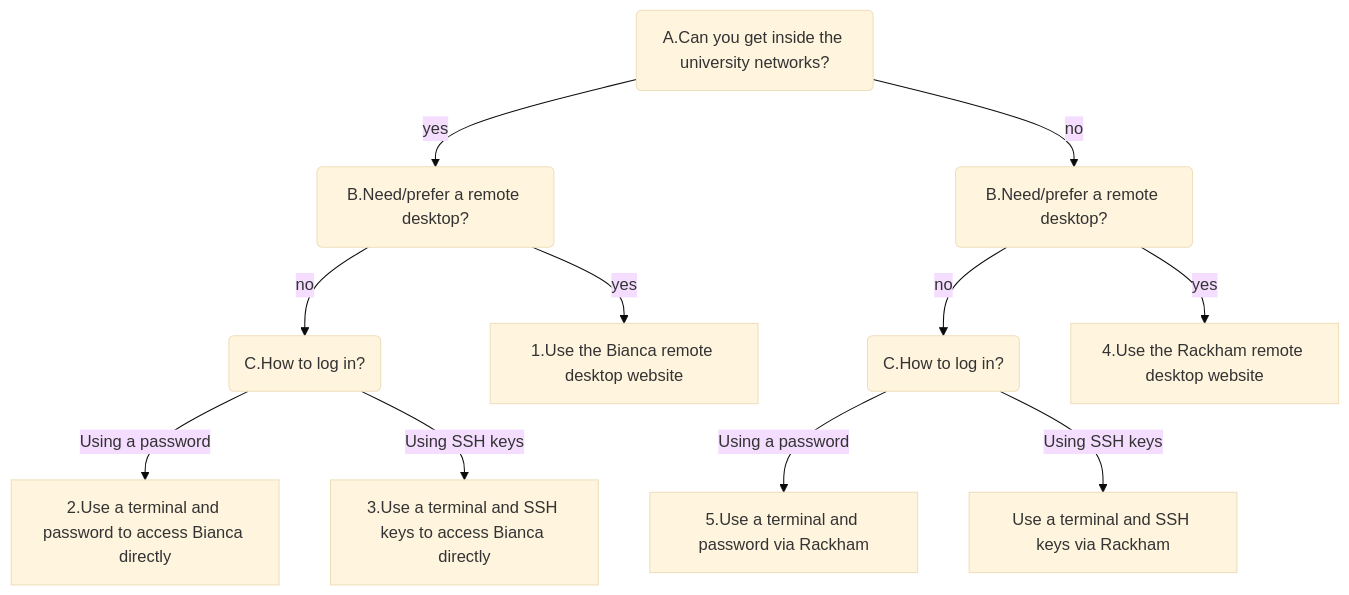
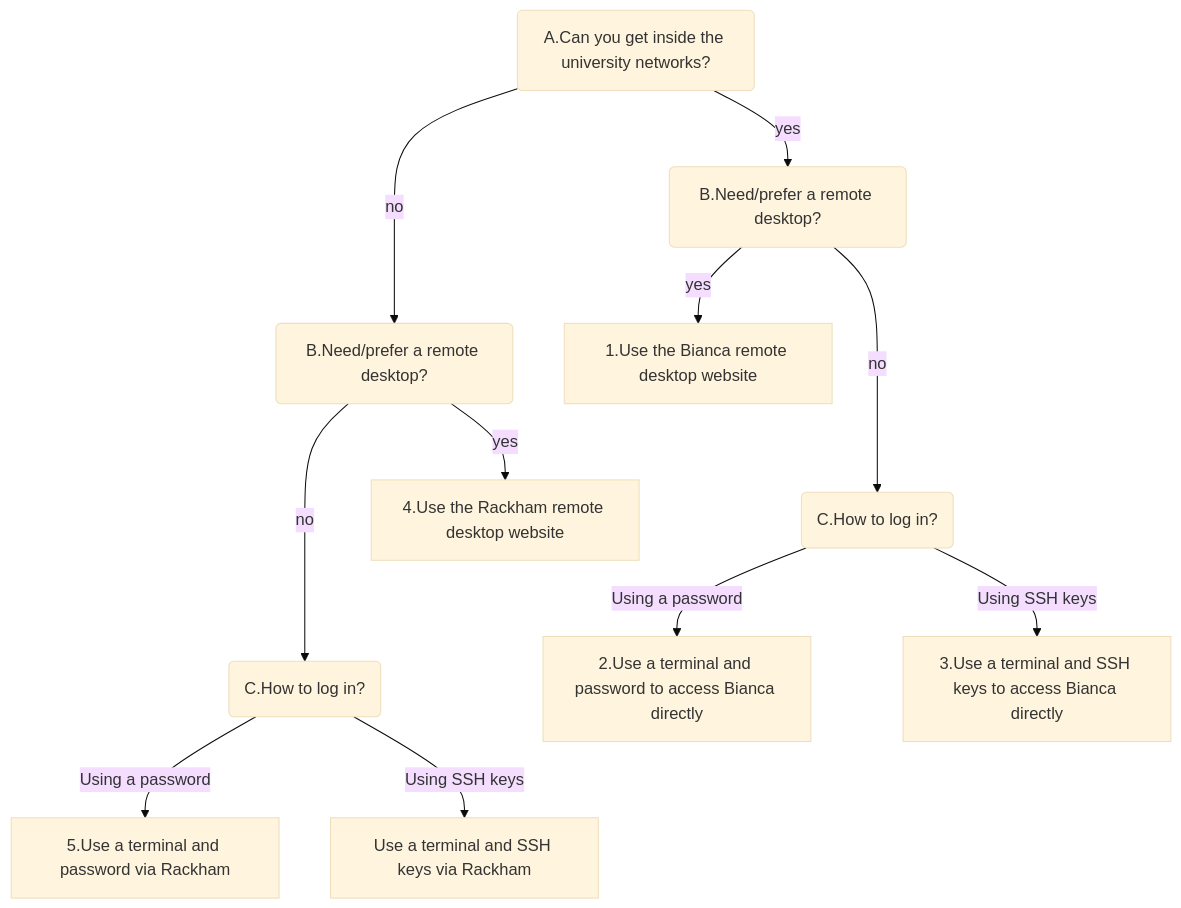
The diagram in docs/getting_started/login_bianca.md (UPPMAX/UPPMAX-documentation), drawn with Mermaid (base theme) before and after one commit. The commit also changed other lines of this file, not shown here.

Commit message:
Stagger diagram, as it renders badly

````diff
--- a/docs/getting_started/login_bianca.md
+++ b/docs/getting_started/login_bianca.md
@@ -26,32 +28,32 @@
 ```mermaid
 flowchart TD
   in_sunet(A.Can you get inside the university networks?)
   need_remote_desktop(B.Need/prefer a remote desktop?)
   how_login(C.How to log in?)
   need_remote_desktop_no_sunet(B.Need/prefer a remote desktop?)
   how_login_no_sunet(C.How to log in?)
 
   use_website[1.Use the Bianca remote desktop website]
   use_password[2.Use a terminal and password to access Bianca directly]
   use_ssh_keys[3.Use a terminal and SSH keys to access Bianca directly]
   
   use_website_no_sunet[4.Use the Rackham remote desktop website]
   use_password_no_sunet[5.Use a terminal and password via Rackham]
   use_ssh_keys_no_sunet[Use a terminal and SSH keys via Rackham]
 
   in_sunet --> |yes| need_remote_desktop
 
-  need_remote_desktop --> |no| how_login
+  need_remote_desktop ---> |no| how_login
   need_remote_desktop --> |yes| use_website
 
   how_login --> |Using a password| use_password
   how_login --> |Using SSH keys| use_ssh_keys
 
-  in_sunet --> |no| need_remote_desktop_no_sunet
+  in_sunet ---> |no| need_remote_desktop_no_sunet
 
-  need_remote_desktop_no_sunet --> |no| how_login_no_sunet
+  need_remote_desktop_no_sunet ---> |no| how_login_no_sunet
   need_remote_desktop_no_sunet --> |yes| use_website_no_sunet
 
   how_login_no_sunet --> |Using a password| use_password_no_sunet
   how_login_no_sunet --> |Using SSH keys| use_ssh_keys_no_sunet
 ```
````
